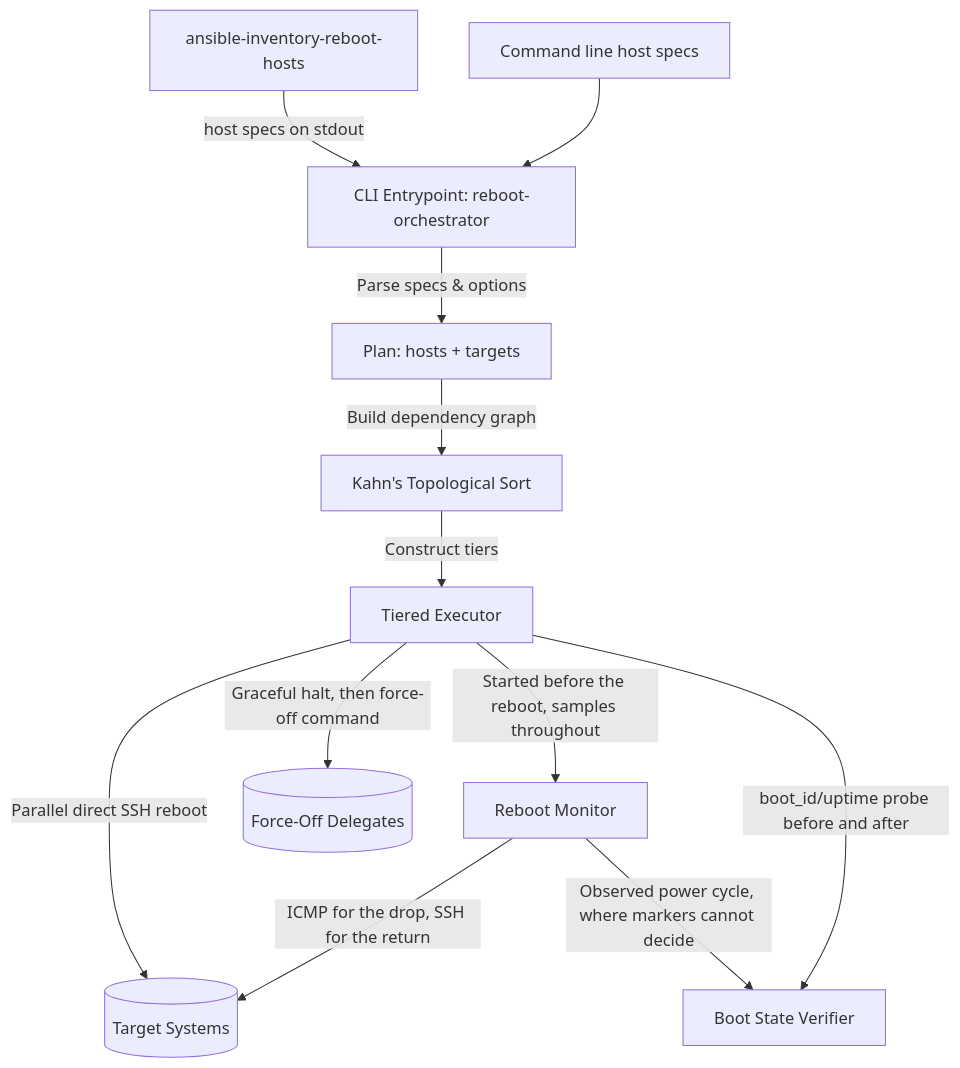
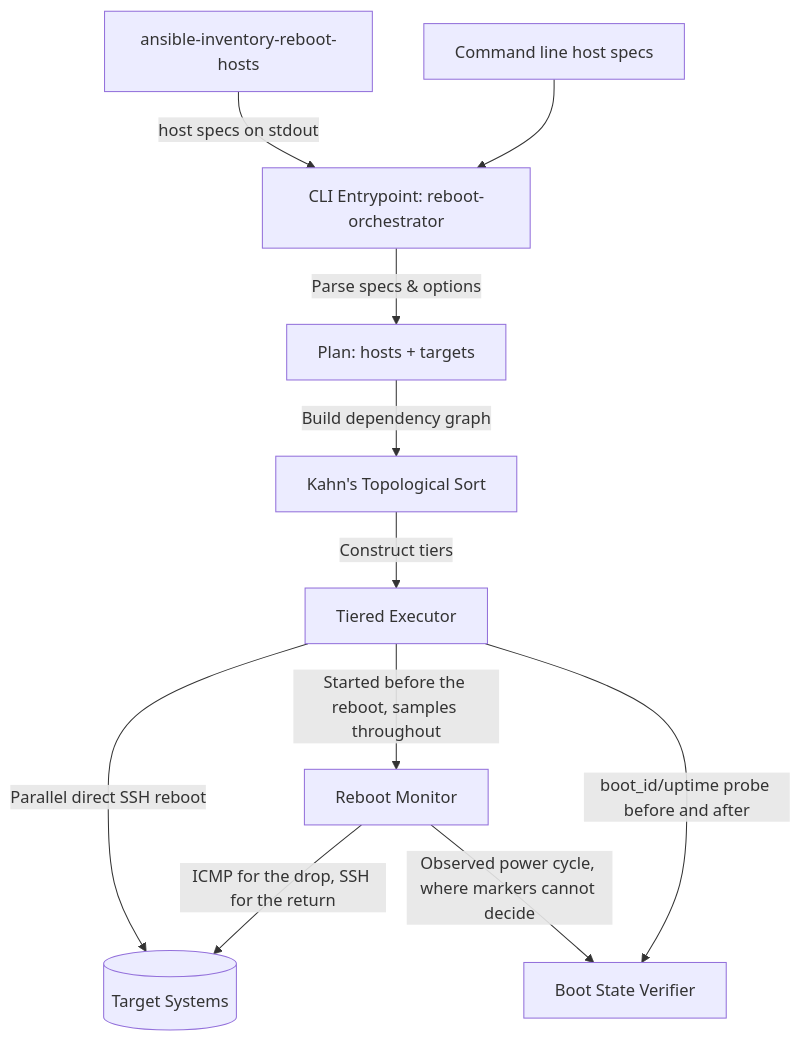
One commit to m-d-brown/service-management changed the diagram in design/004-reboot-orchestrator.md. Above: the diagram before and after it, drawn with Mermaid. The commit also changed other lines of this file and 15 other files, not shown here.

First line of the commit message:
refactor(reboot-orchestrator)!: remove force-off

````diff
--- a/design/004-reboot-orchestrator.md
+++ b/design/004-reboot-orchestrator.md
@@ -49,14 +45,13 @@
 ```mermaid
 graph TD
     Inventory[ansible-inventory-reboot-hosts] -->|host specs on stdout| CLI
     Args[Command line host specs] --> CLI
     CLI[CLI Entrypoint: reboot-orchestrator] -->|Parse specs & options| Plan[Plan: hosts + targets]
     Plan -->|Build dependency graph| Graph[Kahn's Topological Sort]
     Graph -->|Construct tiers| Executor[Tiered Executor]
     Executor -->|Parallel direct SSH reboot| Targets[(Target Systems)]
-    Executor -->|Graceful halt, then force-off command| Delegate[(Force-Off Delegates)]
     Executor -->|Started before the reboot, samples throughout| Monitor[Reboot Monitor]
     Monitor -->|ICMP for the drop, SSH for the return| Targets
     Executor -->|boot_id/uptime probe before and after| Verifier[Boot State Verifier]
     Monitor -->|Observed power cycle, where markers cannot decide| Verifier
 ```
````
